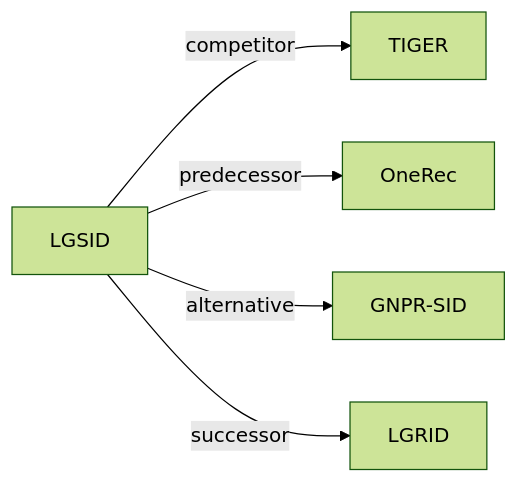
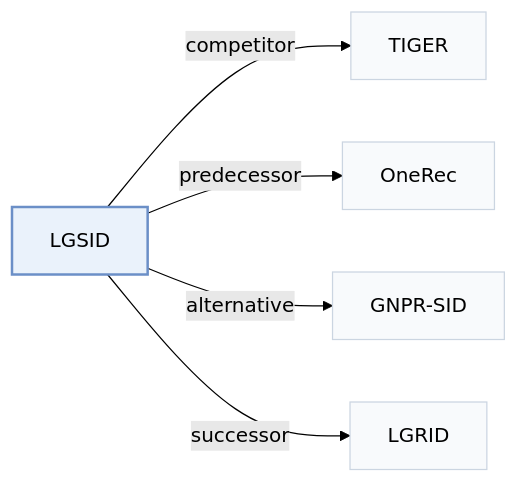
One commit to Galaxy-ghost/Awesome-SID-Generative-Rec changed the third of 3 diagrams in pages/papers/lgsid.md. Above: the diagram before and after it, drawn with Mermaid (forest theme). The commit also changed other lines of this file and 649 other files, not shown here.

Commit message:
writer-05: also tags and modality index (schema, check, build, visuals); summary field removed; calibration data for 12 papers

````diff
--- a/pages/papers/lgsid.md
+++ b/pages/papers/lgsid.md
@@ -127,8 +138,12 @@
 ```mermaid
 flowchart LR
     P["LGSID"]
-    P -->|competitor| A["TIGER"]
-    P -->|predecessor| B["OneRec"]
-    P -->|alternative| C["GNPR-SID"]
-    P -->|successor| D["LGRID"]
+    P -->|"competitor"| A["TIGER"]
+    P -->|"predecessor"| B["OneRec"]
+    P -->|"alternative"| C["GNPR-SID"]
+    P -->|"successor"| D["LGRID"]
+    classDef main fill:#eaf2fb,stroke:#6b8fc7,stroke-width:2px
+    classDef peer fill:#f8fafc,stroke:#cbd5e1
+    class P main
+    class A,B,C,D peer
 ```
````
